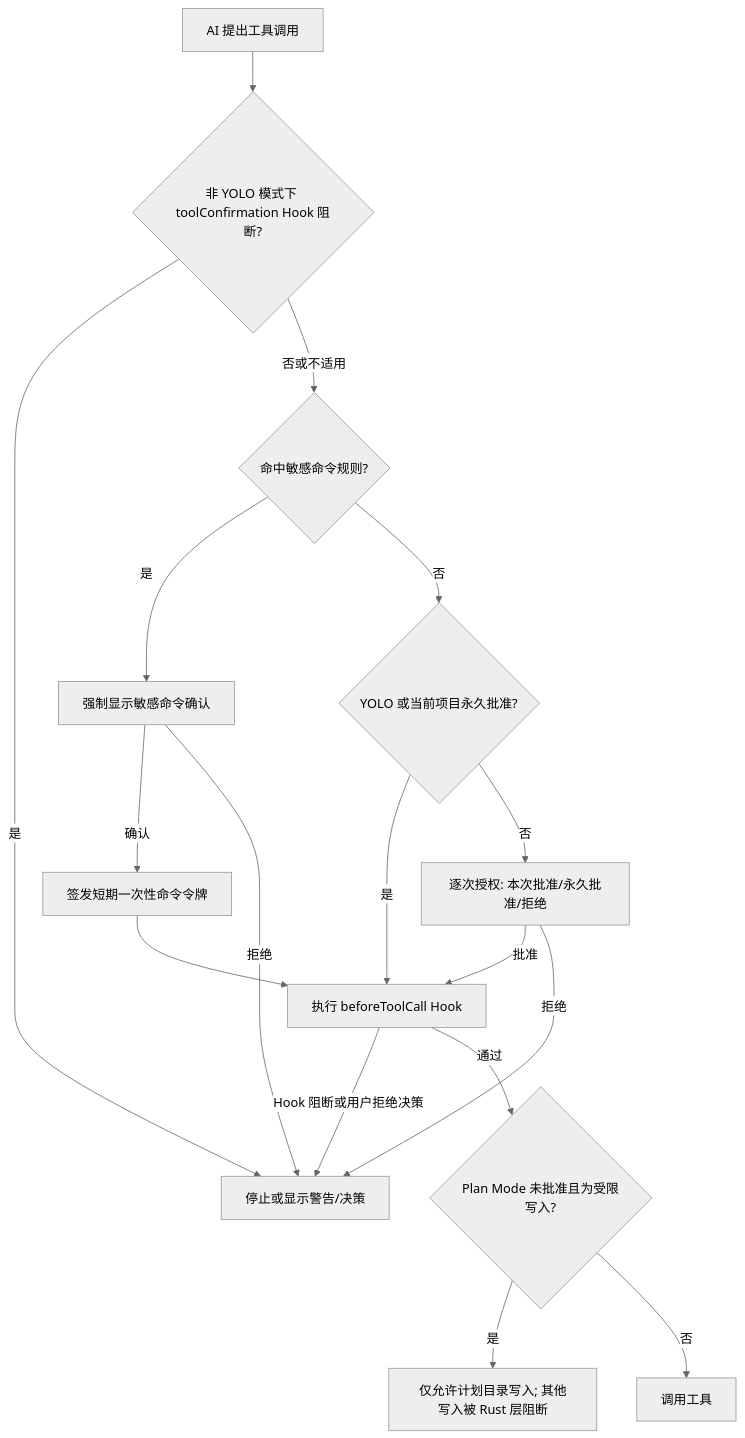
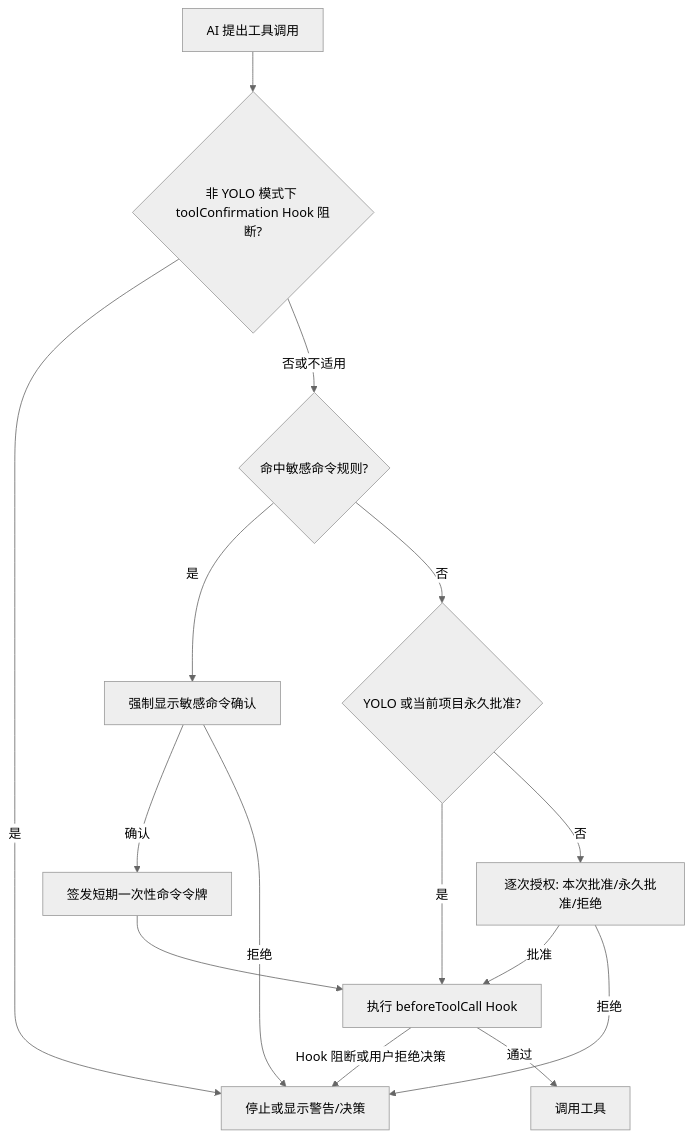
Before and after one commit to BaSui01/snow-app: the diagram in docs/zh-CN/2-使用指南/16-安全隐私与工具授权.md, drawn with Mermaid (neutral theme). The commit also changed other lines of this file and 135 other files, not shown here.

First line of the commit message:
refactor: remove Plan Mode feature

````diff
--- a/docs/zh-CN/2-使用指南/16-安全隐私与工具授权.md
+++ b/docs/zh-CN/2-使用指南/16-安全隐私与工具授权.md
@@ -49,19 +49,17 @@
 ```mermaid
 flowchart TD
     A[AI 提出工具调用] --> B{非 YOLO 模式下 toolConfirmation Hook 阻断?}
     B -->|是| X[停止或显示警告/决策]
     B -->|否或不适用| C{命中敏感命令规则?}
     C -->|是| D[强制显示敏感命令确认]
     C -->|否| E{YOLO 或当前项目永久批准?}
     E -->|是| G[执行 beforeToolCall Hook]
     E -->|否| F[逐次授权: 本次批准/永久批准/拒绝]
     D -->|确认| H[签发短期一次性命令令牌]
     D -->|拒绝| X
     F -->|批准| G
     F -->|拒绝| X
     H --> G
     G -->|Hook 阻断或用户拒绝决策| X
-    G -->|通过| I{Plan Mode 未批准且为受限写入?}
-    I -->|是| J[仅允许计划目录写入; 其他写入被 Rust 层阻断]
-    I -->|否| K[调用工具]
+    G -->|通过| K[调用工具]
 ```
````
